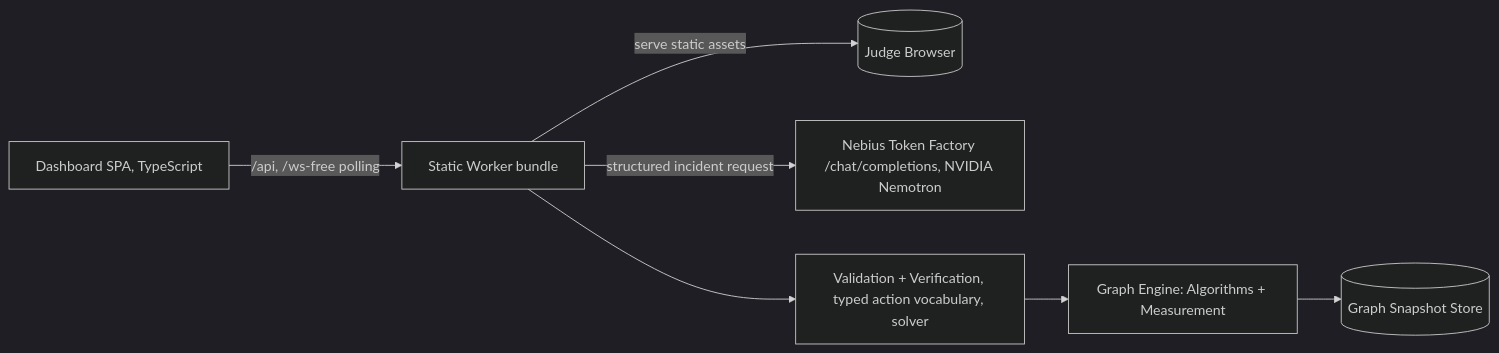
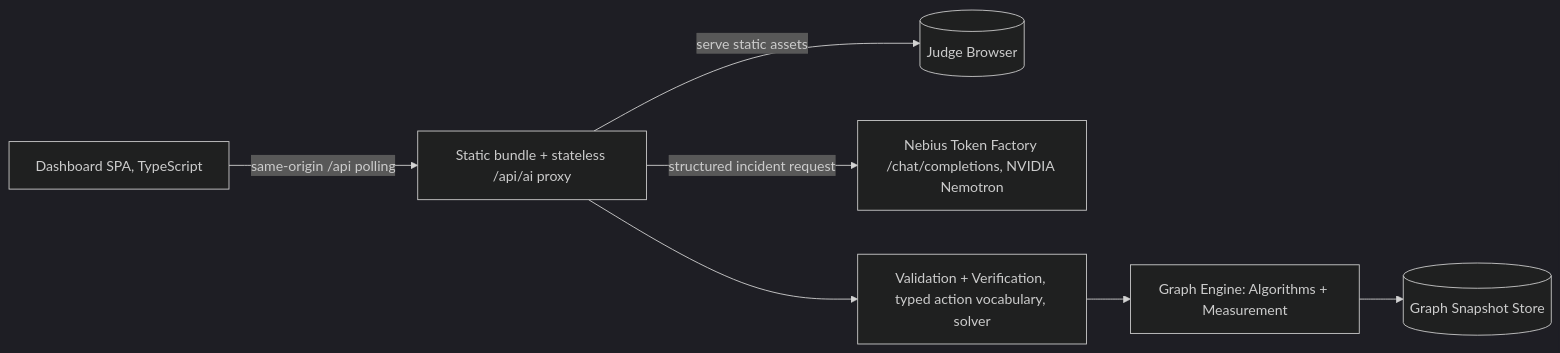
The diagram in BUILD_PLAN.md (ADHITHYAN-VS/aether-nim), drawn with Mermaid (dark theme) before and after one commit. The commit also changed other lines of this file and 5 other files, not shown here.

````diff
--- a/BUILD_PLAN.md
+++ b/BUILD_PLAN.md
@@ -14,9 +14,9 @@
 ```mermaid
 flowchart LR
-  UI[Dashboard SPA, TypeScript] -->|/api, /ws-free polling| WEB[Static Worker bundle]
+  UI[Dashboard SPA, TypeScript] -->|same-origin /api polling| WEB[Static bundle + stateless /api/ai proxy]
   WEB -->|serve static assets| BROWSER[(Judge Browser)]
   WEB -->|structured incident request| NEB[Nebius Token Factory /chat/completions, NVIDIA Nemotron]
   WEB --> ENGINE[Validation + Verification, typed action vocabulary, solver]
   ENGINE --> GRAPH[Graph Engine: Algorithms + Measurement]
   GRAPH --> STATE[(Graph Snapshot Store)]
 ```
````
